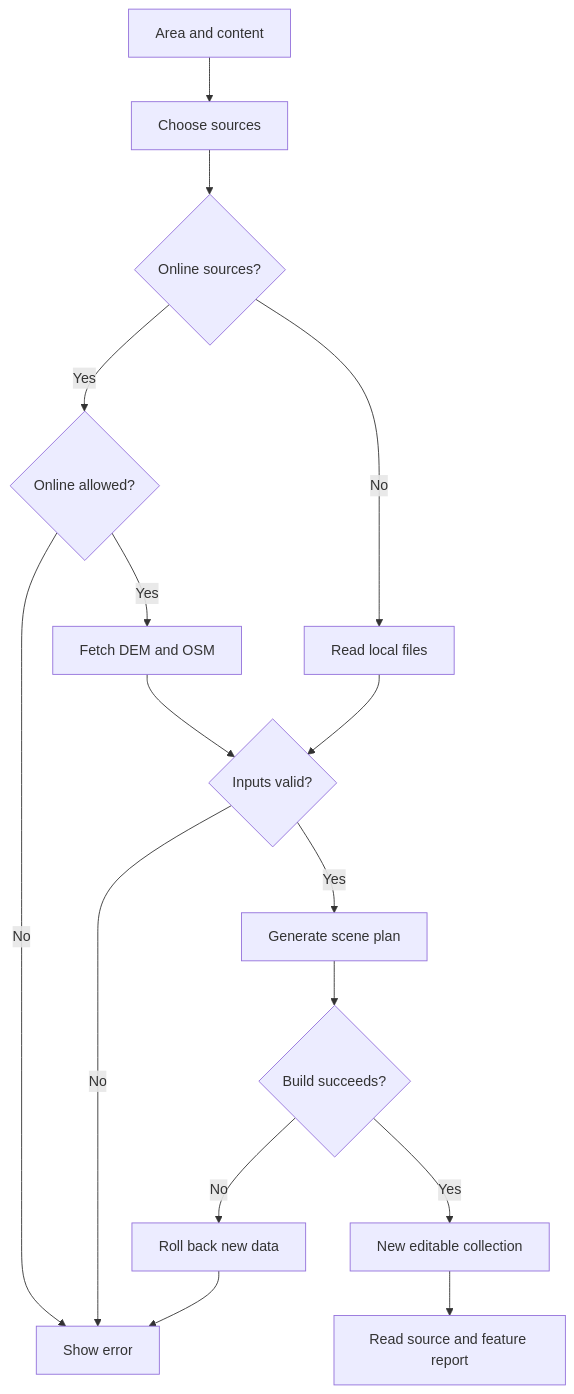
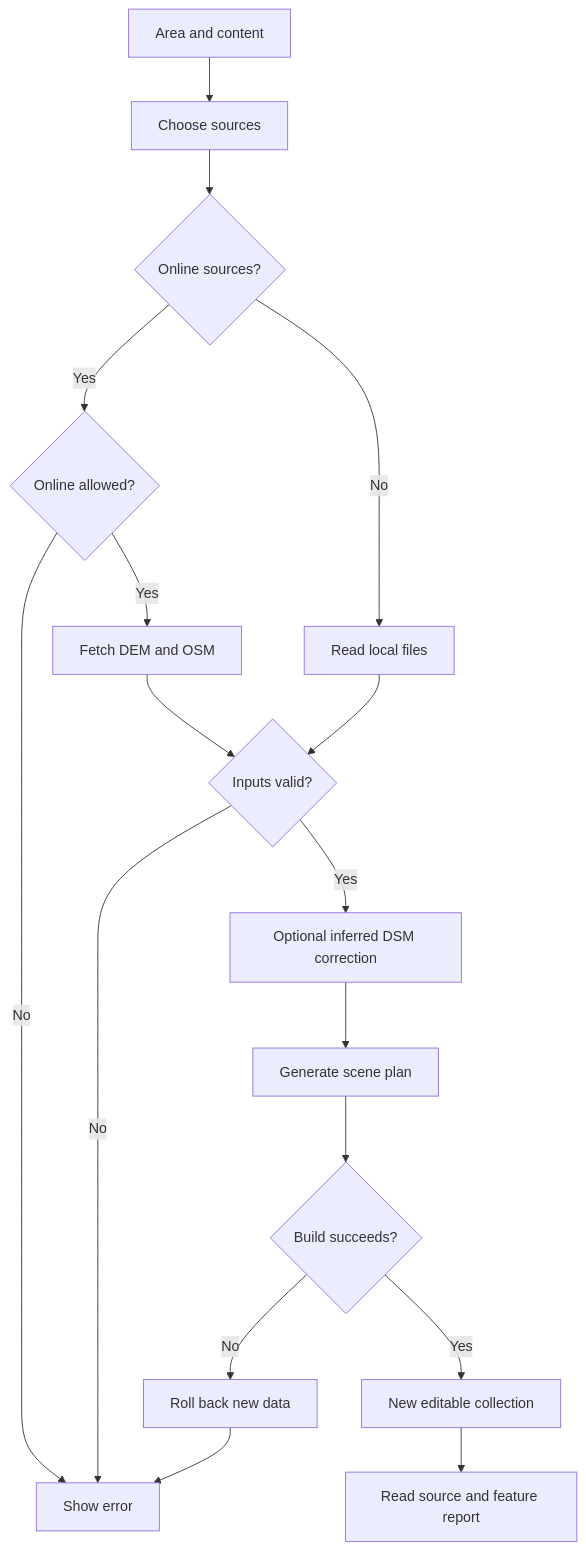
One commit to lingshf/map-builder changed the diagram in docs/flows/generate.md. Above: the diagram before and after it, drawn with Mermaid. The commit also changed other lines of this file and 9 other files, not shown here.

Commit message:
docs: include merged DSM correction in v0.1.0 candidate

````diff
--- a/docs/flows/generate.md
+++ b/docs/flows/generate.md
@@ -6,18 +7,19 @@
 ```mermaid
 flowchart TD
   A[Area and content] --> B[Choose sources]
   B --> C{Online sources?}
   C -->|Yes| D{Online allowed?}
   D -->|No| E[Show error]
   D -->|Yes| F[Fetch DEM and OSM]
   C -->|No| G[Read local files]
   F --> H{Inputs valid?}
   G --> H
   H -->|No| E
-  H -->|Yes| I[Generate scene plan]
+  H -->|Yes| N[Optional inferred DSM correction]
+  N --> I[Generate scene plan]
   I --> J{Build succeeds?}
   J -->|No| K[Roll back new data]
   K --> E
   J -->|Yes| L[New editable collection]
   L --> M[Read source and feature report]
 ```
````
